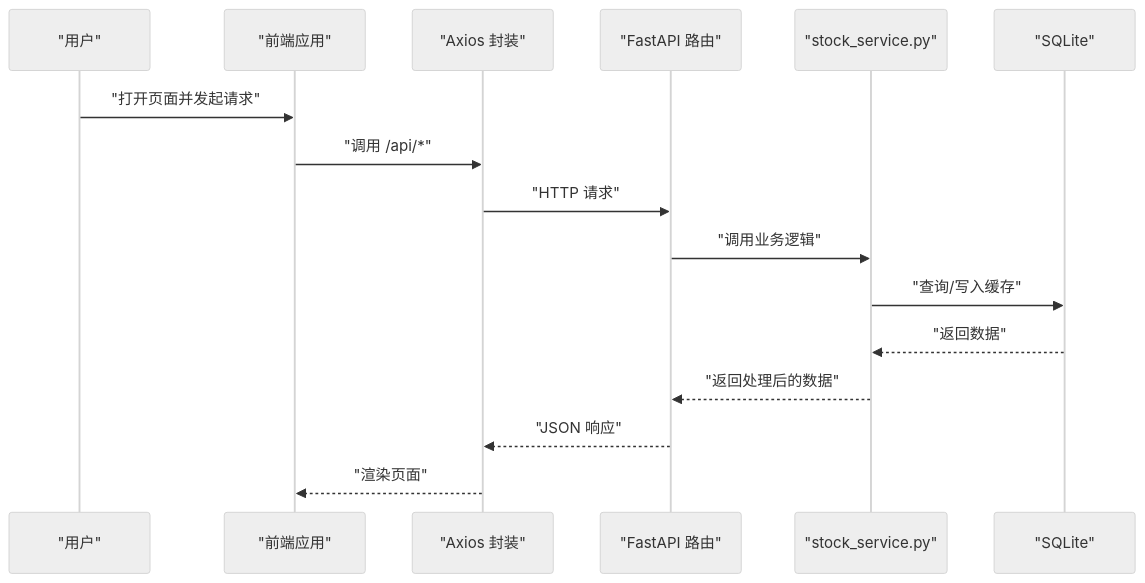
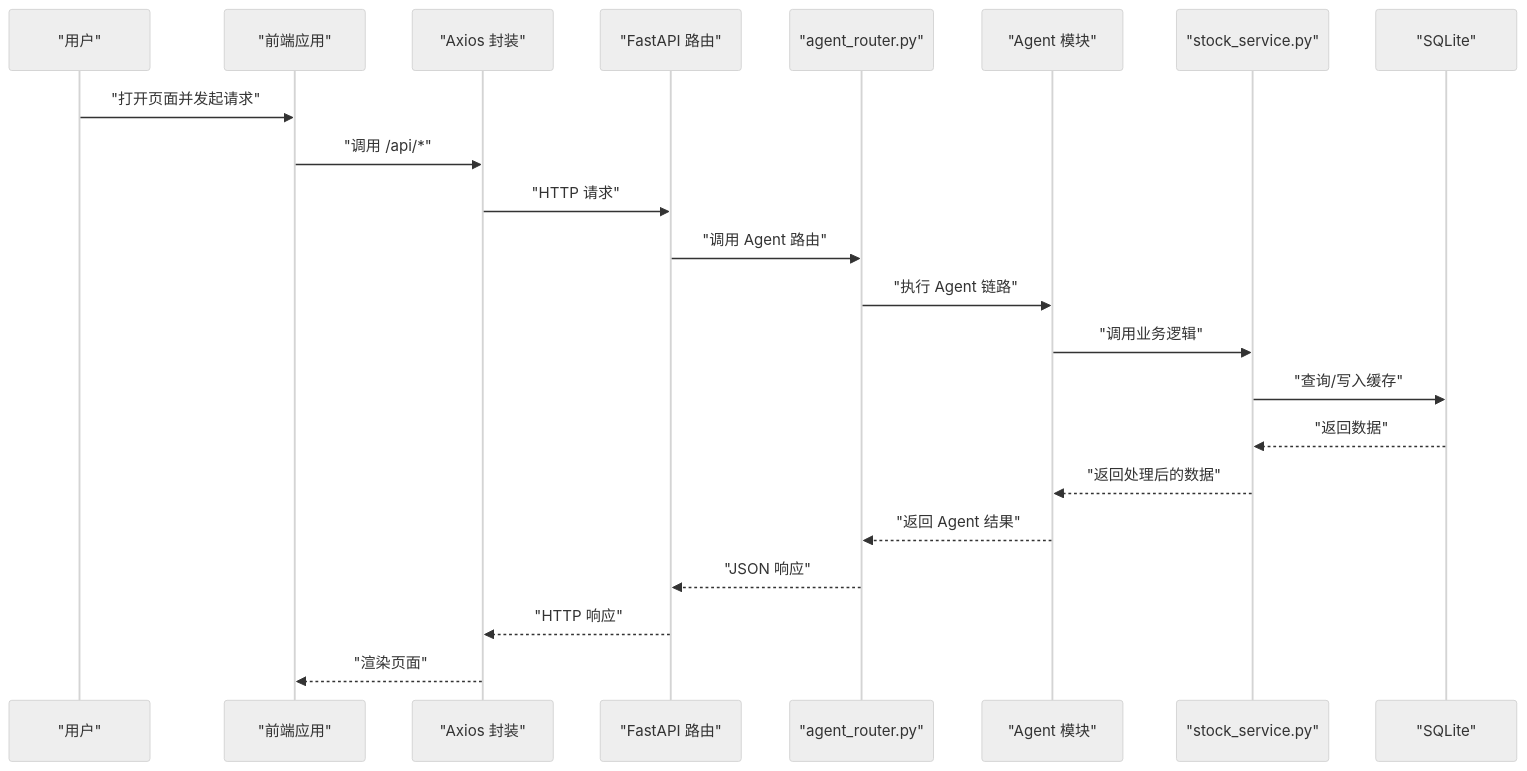
The second of 5 diagrams in .qoder/repowiki/zh/content/开发指南/开发指南.md (Moruime/stock_foker), drawn with Mermaid (neutral theme) before and after one commit. The commit also changed other lines of this file and 52 other files, not shown here.

````diff
--- a/.qoder/repowiki/zh/content/开发指南/开发指南.md
+++ b/.qoder/repowiki/zh/content/开发指南/开发指南.md
@@ -179,18 +147,24 @@
 ```mermaid
 sequenceDiagram
 participant U as "用户"
 participant FE as "前端应用"
 participant AX as "Axios 封装"
 participant API as "FastAPI 路由"
+participant AR as "agent_router.py"
+participant AG as "Agent 模块"
 participant SVC as "stock_service.py"
 participant DB as "SQLite"
 U->>FE : "打开页面并发起请求"
 FE->>AX : "调用 /api/*"
 AX->>API : "HTTP 请求"
-API->>SVC : "调用业务逻辑"
+API->>AR : "调用 Agent 路由"
+AR->>AG : "执行 Agent 链路"
+AG->>SVC : "调用业务逻辑"
 SVC->>DB : "查询/写入缓存"
 DB-->>SVC : "返回数据"
-SVC-->>API : "返回处理后的数据"
-API-->>AX : "JSON 响应"
+SVC-->>AG : "返回处理后的数据"
+AG-->>AR : "返回 Agent 结果"
+AR-->>API : "JSON 响应"
+API-->>AX : "HTTP 响应"
 AX-->>FE : "渲染页面"
 ```
````
